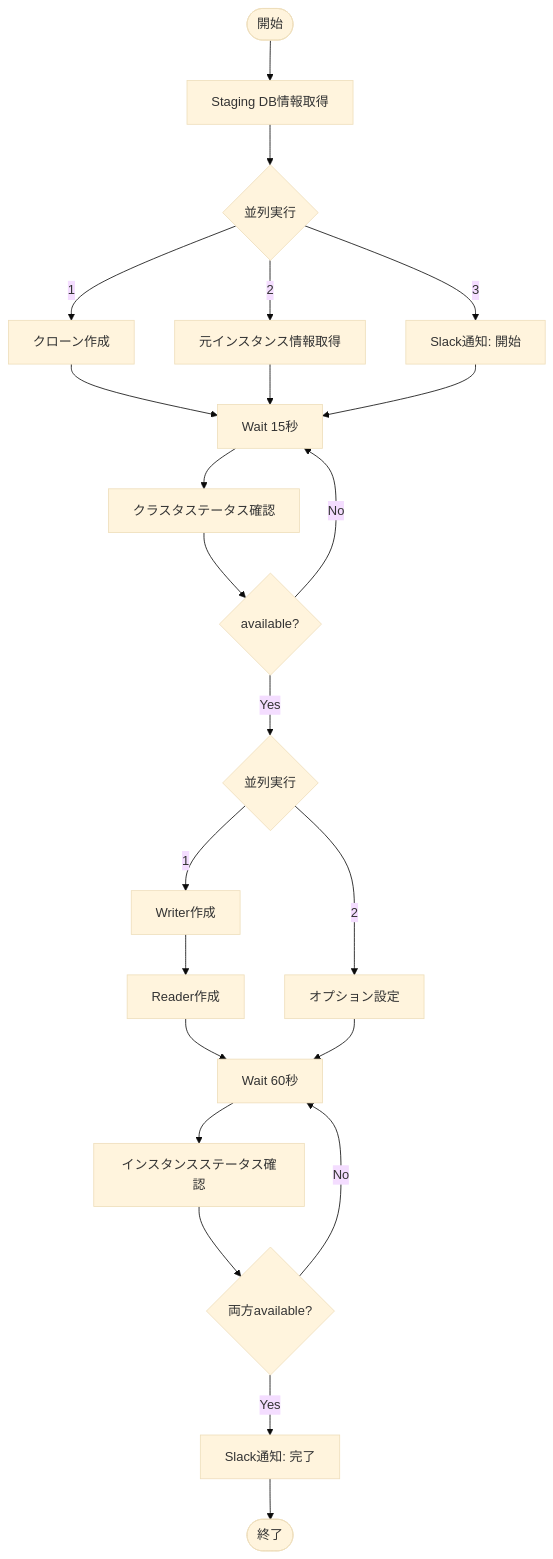
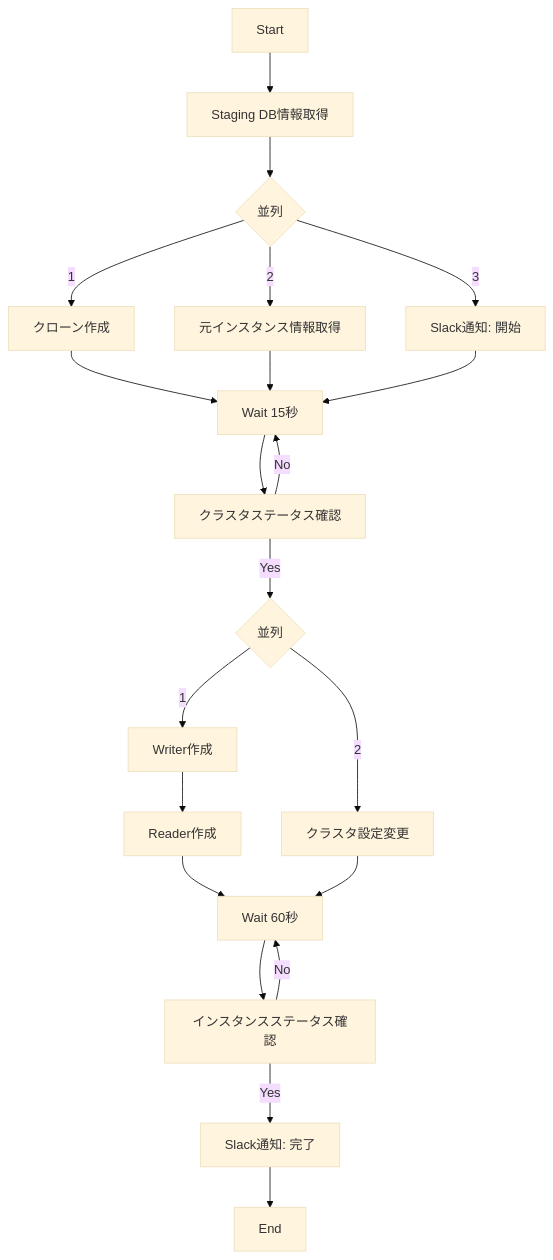
One commit to gi-no/zenn_paiza changed the second of 4 diagrams in articles/aurora-clone-verification-db-stepfunctions.md. Above: the diagram before and after it, drawn with Mermaid (base theme). The commit also changed other lines of this file, not shown here.

````diff
--- a/articles/aurora-clone-verification-db-stepfunctions.md
+++ b/articles/aurora-clone-verification-db-stepfunctions.md
@@ -137,35 +149,30 @@
 ```mermaid
 graph TD
-  Start([開始]) --> Describe[Staging DB情報取得]
+  Start --> Describe[Staging DB情報取得]
 
-  Describe --> Parallel1{並列実行}
+  Describe --> P1{並列}
 
-  Parallel1 -->|1| Clone[クローン作成]
-  Parallel1 -->|2| GetInstance[元インスタンス情報取得]
-  Parallel1 -->|3| NotifyStart[Slack通知: 開始]
+  P1 -->|1| Clone[クローン作成]
+  P1 -->|2| GetInstance[元インスタンス情報取得]
+  P1 -->|3| NotifyStart[Slack通知: 開始]
 
   Clone --> Wait1[Wait 15秒]
   GetInstance --> Wait1
   NotifyStart --> Wait1
 
   Wait1 --> CheckCluster[クラスタステータス確認]
+  CheckCluster -->|No| Wait1
+  CheckCluster -->|Yes| P2{並列}
 
-  CheckCluster --> ChoiceCluster{available?}
-  ChoiceCluster -->|No| Wait1
-  ChoiceCluster -->|Yes| Parallel2{並列実行}
-
-  Parallel2 -->|1| CreateWriter[Writer作成]
-  Parallel2 -->|2| ModifyCluster[オプション設定]
+  P2 -->|1| CreateWriter[Writer作成]
+  P2 -->|2| ModifyCluster[クラスタ設定変更]
 
   CreateWriter --> CreateReader[Reader作成]
   CreateReader --> Wait2[Wait 60秒]
   ModifyCluster --> Wait2
 
   Wait2 --> CheckInstances[インスタンスステータス確認]
-
-  CheckInstances --> ChoiceInstances{両方available?}
-  ChoiceInstances -->|No| Wait2
-  ChoiceInstances -->|Yes| NotifyComplete[Slack通知: 完了]
-
-  NotifyComplete --> End([終了])
+  CheckInstances -->|No| Wait2
+  CheckInstances -->|Yes| NotifyComplete[Slack通知: 完了]
+  NotifyComplete --> End
 ```
````
